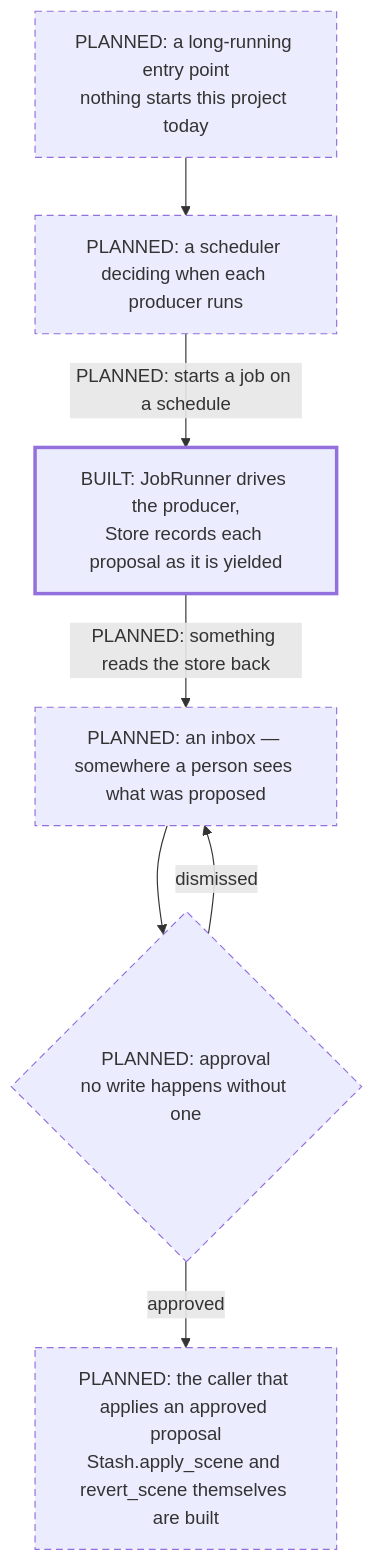
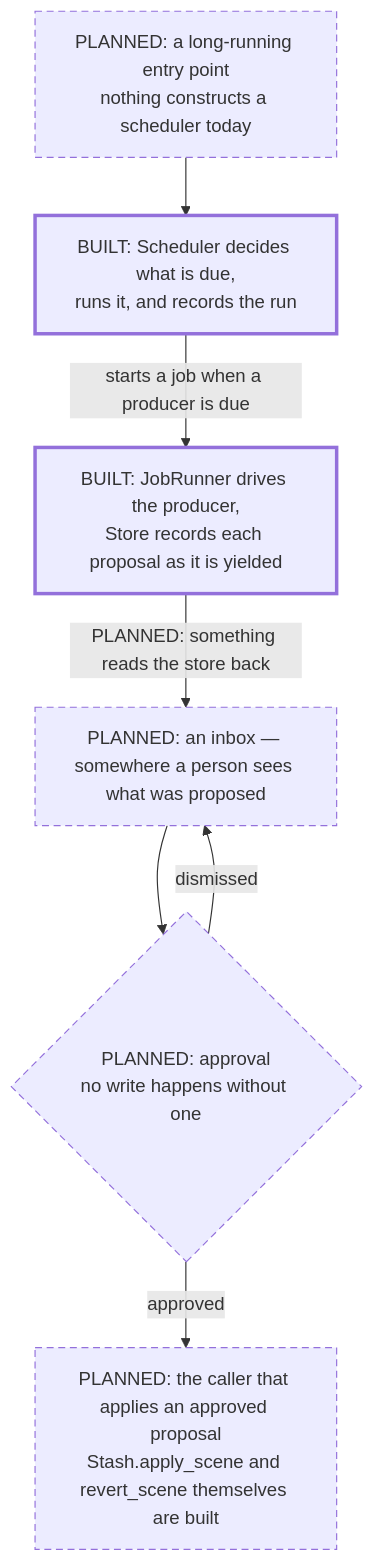
The fourth of 4 diagrams in docs/index.md (cabinetworks/cronicled), drawn with Mermaid before and after one commit. The commit also changed other lines of this file and 2 other files, not shown here.

First line of the commit message:
docs: the scheduler is built; nothing starts it

````diff
--- a/docs/index.md
+++ b/docs/index.md
@@ -202,21 +210,21 @@
 ```mermaid
 flowchart TD
-    entry["PLANNED: a long-running entry point<br/>nothing starts this project today"]
-    sched["PLANNED: a scheduler deciding when each producer runs"]
+    entry["PLANNED: a long-running entry point<br/>nothing constructs a scheduler today"]
+    sched["BUILT: Scheduler decides what is due,<br/>runs it, and records the run"]
     built["BUILT: JobRunner drives the producer,<br/>Store records each proposal as it is yielded"]
     inbox["PLANNED: an inbox — somewhere a person sees what was proposed"]
     gate{"PLANNED: approval<br/>no write happens without one"}
     apply["PLANNED: the caller that applies an approved proposal<br/>Stash.apply_scene and revert_scene themselves are built"]
 
     entry --> sched
-    sched -- "PLANNED: starts a job on a schedule" --> built
+    sched -- "starts a job when a producer is due" --> built
     built -- "PLANNED: something reads the store back" --> inbox
     inbox --> gate
     gate -- "approved" --> apply
     gate -- "dismissed" --> inbox
 
     classDef planned stroke-dasharray:6 4
     classDef built stroke-width:3px
-    class entry,sched,inbox,gate,apply planned
-    class built built
+    class entry,inbox,gate,apply planned
+    class sched,built built
 ```
````
